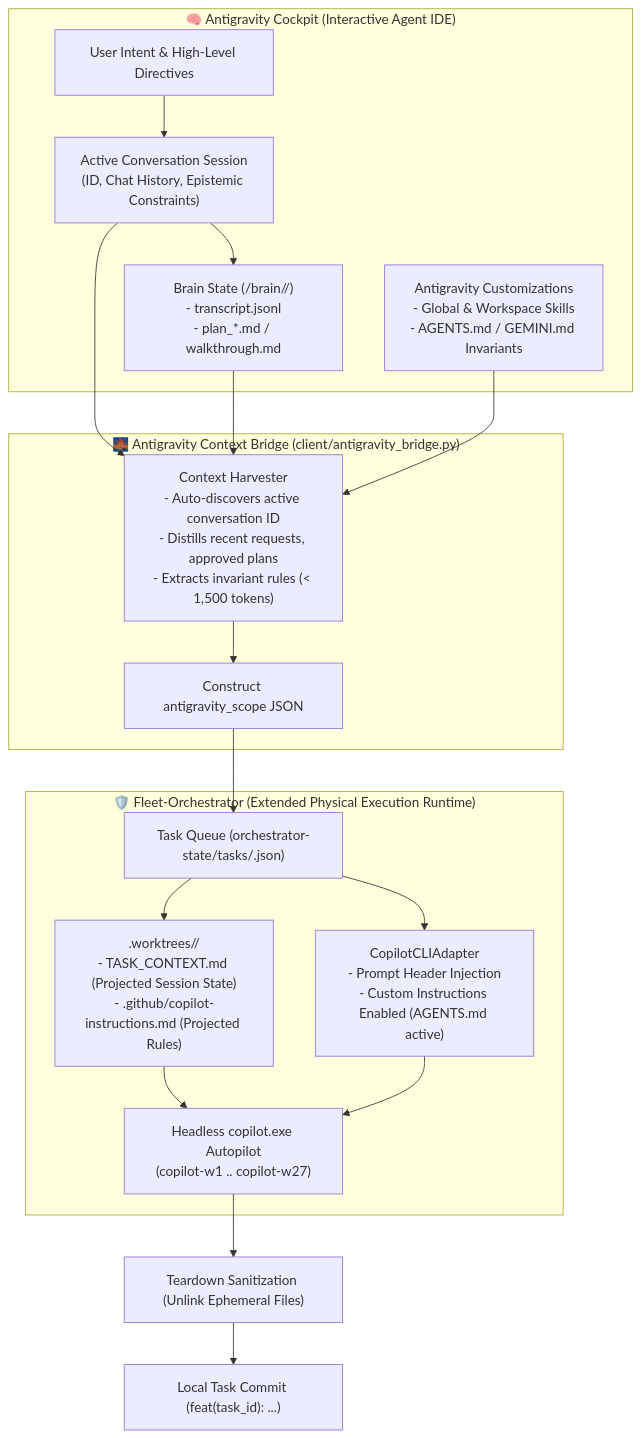
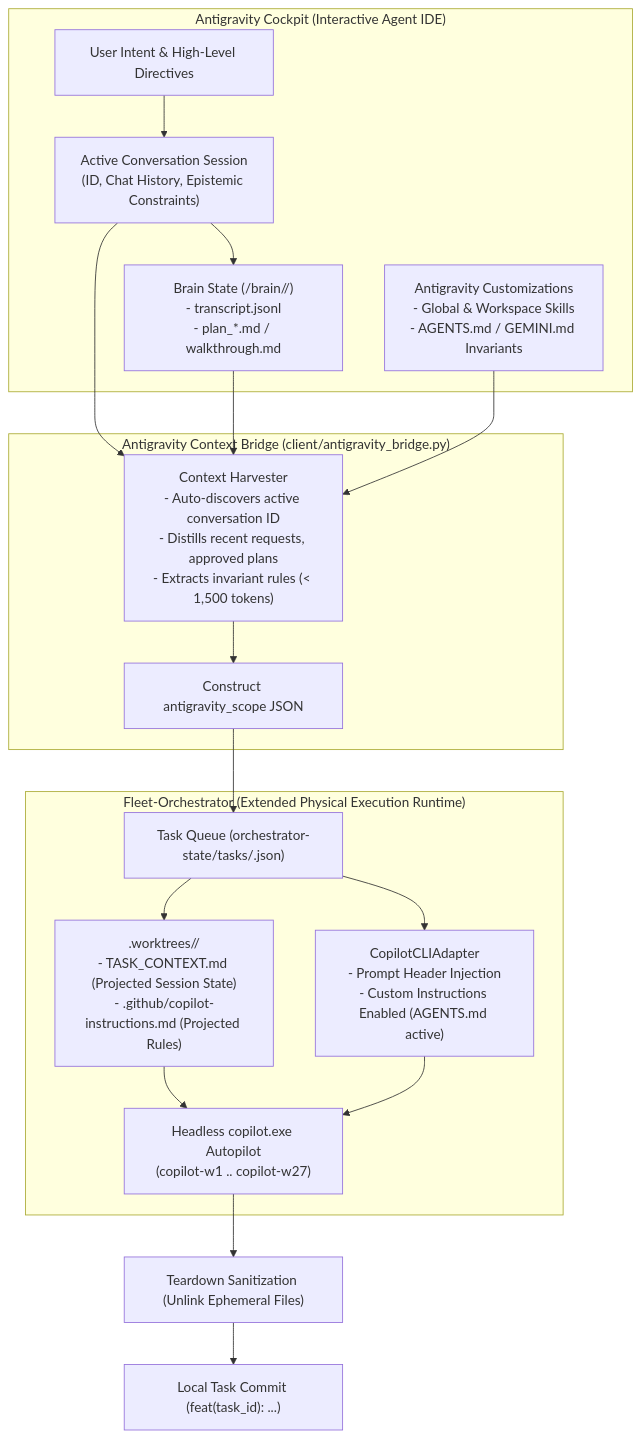
One commit to Aaradhya-Dev-Tamrakar/brainstorm changed the diagram in tools/skills/adaptive-workflow/references/antigravity-chat-context-injection.md. Above: the diagram before and after it, drawn with Mermaid. The commit also changed other lines of this file and 27 other files, not shown here.

````diff
--- a/tools/skills/adaptive-workflow/references/antigravity-chat-context-injection.md
+++ b/tools/skills/adaptive-workflow/references/antigravity-chat-context-injection.md
@@ -13,24 +13,24 @@
 ```mermaid
 flowchart TD
-    subgraph Cockpit["🧠 Antigravity Cockpit (Interactive Agent IDE)"]
+    subgraph Cockpit["Antigravity Cockpit (Interactive Agent IDE)"]
         User["User Intent & High-Level Directives"] --> Chat["Active Conversation Session\n(ID, Chat History, Epistemic Constraints)"]
         Chat --> Brain["Brain State (<appDataDir>/brain/<conversation_id>/)\n- transcript.jsonl\n- plan_*.md / walkthrough.md"]
         Custom["Antigravity Customizations\n- Global & Workspace Skills\n- AGENTS.md / GEMINI.md Invariants"]
     end
 
-    subgraph Bridge["🌉 Antigravity Context Bridge (client/antigravity_bridge.py)"]
+    subgraph Bridge["Antigravity Context Bridge (client/antigravity_bridge.py)"]
         Harvest["Context Harvester\n- Auto-discovers active conversation ID\n- Distills recent requests, approved plans\n- Extracts invariant rules (< 1,500 tokens)"]
         Synthesize["Construct antigravity_scope JSON"]
     end
 
-    subgraph Runtime["🛡️ Fleet-Orchestrator (Extended Physical Execution Runtime)"]
+    subgraph Runtime["Fleet-Orchestrator (Extended Physical Execution Runtime)"]
         Queue["Task Queue (orchestrator-state/tasks/<task_id>.json)"]
         Worktree[".worktrees/<task_id>/\n- TASK_CONTEXT.md (Projected Session State)\n- .github/copilot-instructions.md (Projected Rules)"]
         Adapter["CopilotCLIAdapter\n- Prompt Header Injection\n- Custom Instructions Enabled (AGENTS.md active)"]
         Worker["Headless copilot.exe Autopilot\n(copilot-w1 .. copilot-w27)"]
     end
 
     Chat & Brain & Custom --> Harvest --> Synthesize --> Queue
     Queue --> Worktree & Adapter --> Worker
     Worker --> Cleanup["Teardown Sanitization (Unlink Ephemeral Files)"] --> Commit["Local Task Commit (feat(task_id): ...)"]
 ```
````
